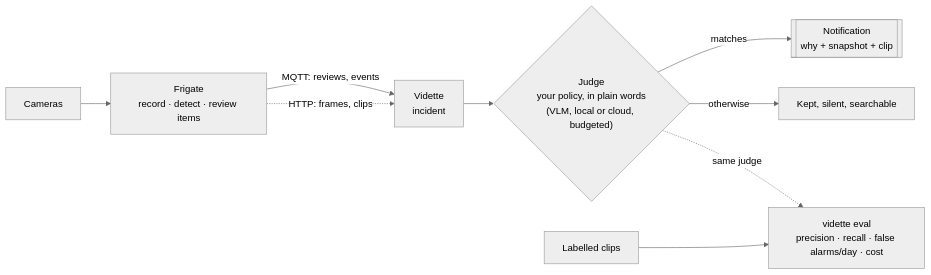
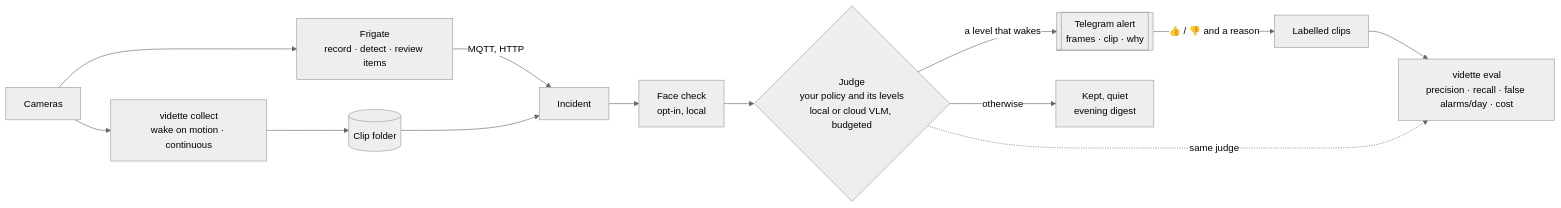
The diagram in README.md (baadev/vidette), drawn with Mermaid (neutral theme) before and after one commit. The commit also changed other lines of this file and 4 other files, not shown here.

````diff
--- a/README.md
+++ b/README.md
@@ -76,17 +164,23 @@
 ```mermaid
 flowchart LR
     C[Cameras] --> F["Frigate
 record · detect · review items"]
-    F -- "MQTT: reviews, events" --> I["Vidette
-incident"]
-    F -. "HTTP: frames, clips" .-> I
-    I --> J{"Judge
-your policy, in plain words
-(VLM, local or cloud, budgeted)"}
-    J -- matches --> N[["Notification
-why + snapshot + clip"]]
-    J -- otherwise --> S[Kept, silent, searchable]
-    L["Labelled clips"] --> E["vidette eval
+    C --> K["vidette collect
+wake on motion · continuous"]
+    K --> D[(Clip folder)]
+    F -- "MQTT, HTTP" --> I[Incident]
+    D --> I
+    I --> P["Face check
+opt-in, local"]
+    P --> J{"Judge
+your policy and its levels
+local or cloud VLM, budgeted"}
+    J -- "a level that wakes" --> T[["Telegram alert
+frames · clip · why"]]
+    J -- otherwise --> S["Kept, quiet
+evening digest"]
+    T -- "👍 / 👎 and a reason" --> L[Labelled clips]
+    L --> E["vidette eval
 precision · recall · false alarms/day · cost"]
     J -. same judge .-> E
 ```
````
